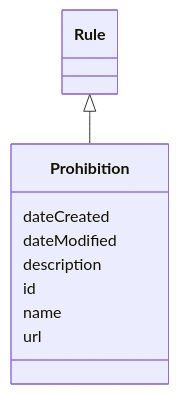
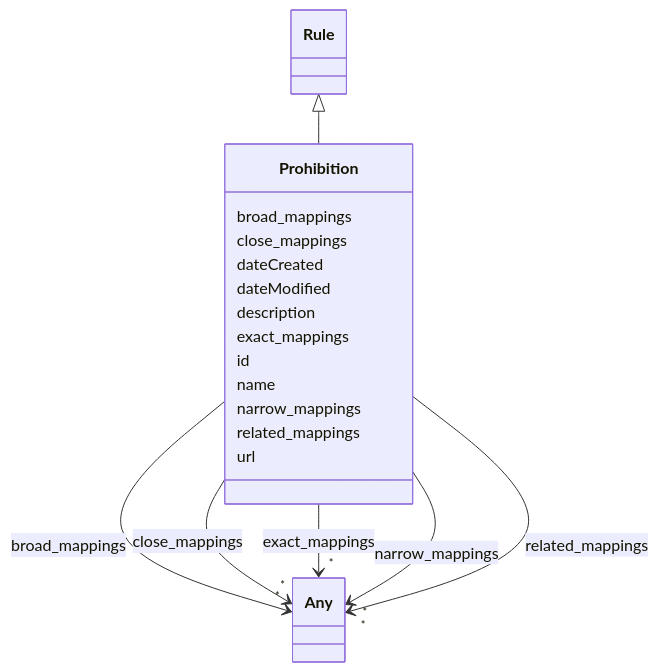
One commit to ingelise/risk-atlas-nexus changed the diagram in docs/ontology/Prohibition.md. Above: the diagram before and after it, drawn with Mermaid. The commit also changed other lines of this file and 180 other files, not shown here.

````diff
--- a/docs/ontology/Prohibition.md
+++ b/docs/ontology/Prohibition.md
@@ -18,21 +18,76 @@
 ```mermaid
  classDiagram
     class Prohibition
     click Prohibition href "../Prohibition/"
       Rule <|-- Prohibition
         click Rule href "../Rule/"
 
+      Prohibition : broad_mappings
+
+
+
+
+
+        Prohibition --> "*" Any : broad_mappings
+        click Any href "../Any/"
+
+
+
+      Prohibition : close_mappings
+
+
+
+
+
+        Prohibition --> "*" Any : close_mappings
+        click Any href "../Any/"
+
+
+
       Prohibition : dateCreated
 
       Prohibition : dateModified
 
       Prohibition : description
 
+      Prohibition : exact_mappings
+
+
+
+
+
+        Prohibition --> "*" Any : exact_mappings
+        click Any href "../Any/"
+
+
+
       Prohibition : id
 
       Prohibition : name
+
+      Prohibition : narrow_mappings
+
+
+
+
+
+        Prohibition --> "*" Any : narrow_mappings
+        click Any href "../Any/"
+
+
+
+      Prohibition : related_mappings
+
+
+
+
+
+        Prohibition --> "*" Any : related_mappings
+        click Any href "../Any/"
+
+
 
       Prohibition : url
 
 
 ```
````
